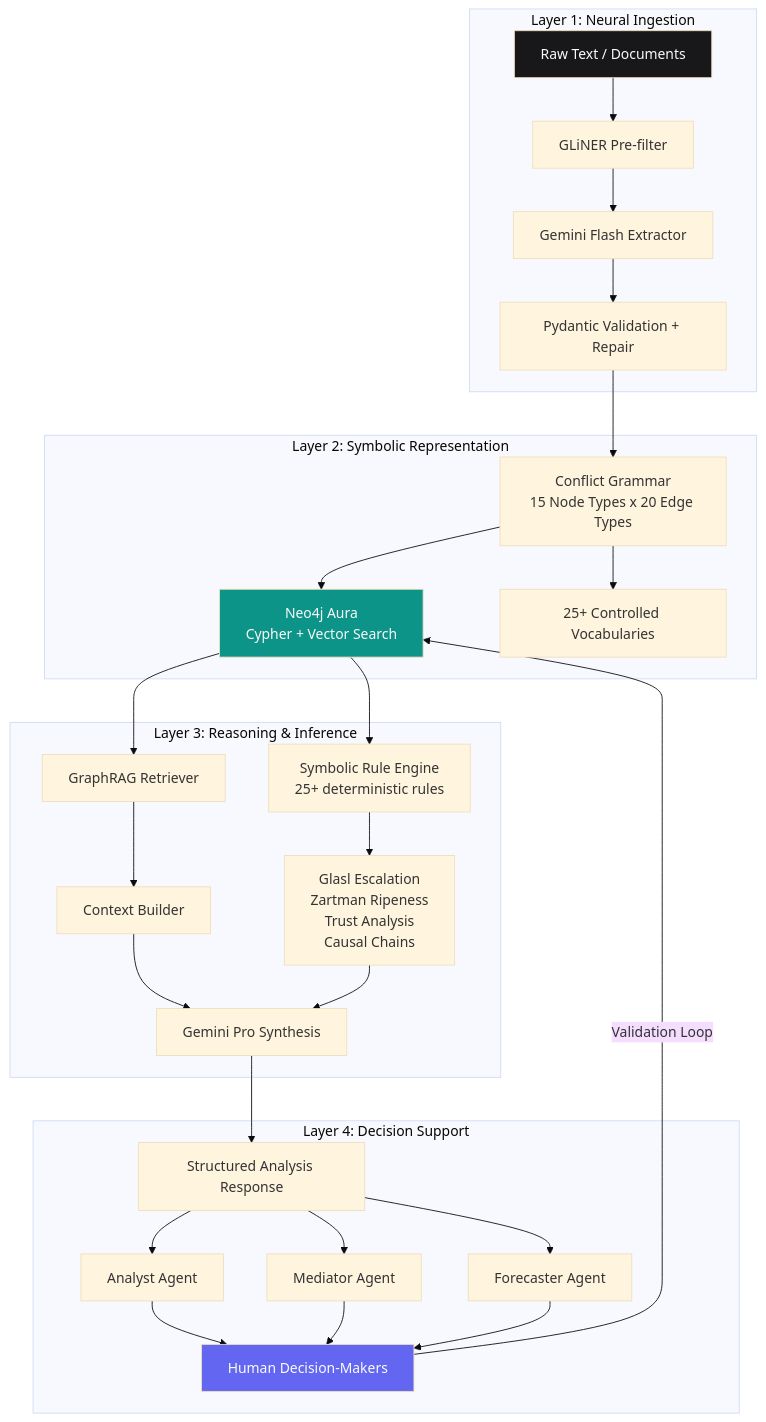
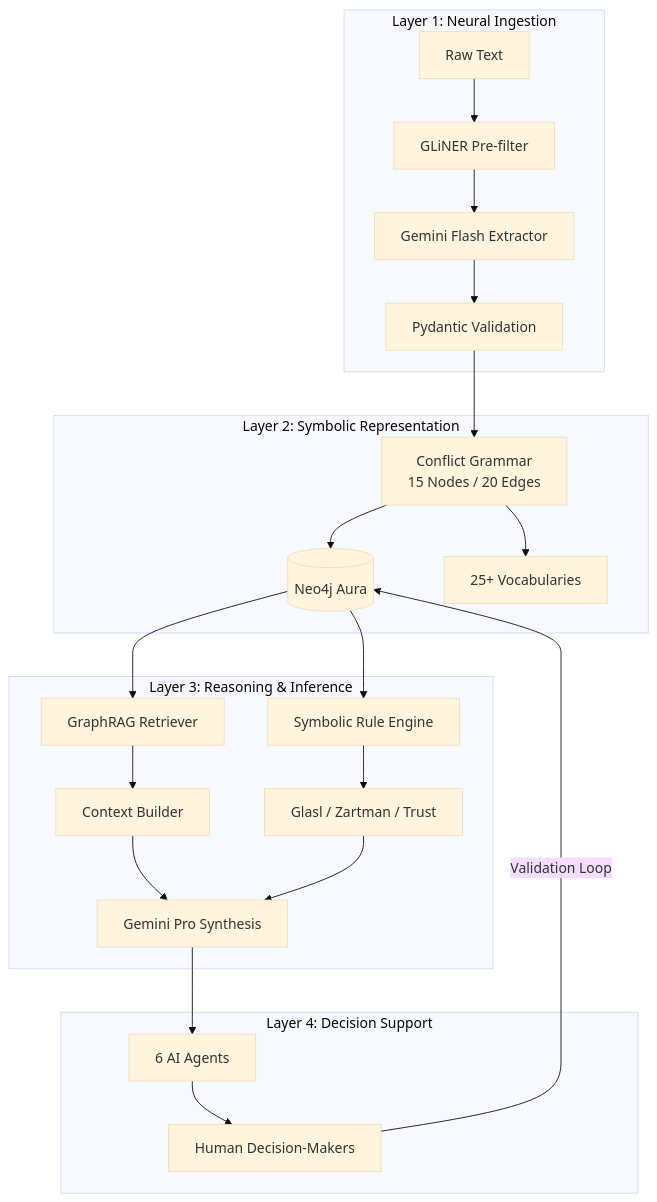
Before and after one commit to sargonxg/A2_DIALECTICAbyTACITUS: the second of 2 diagrams in README.md, drawn with Mermaid (base theme). The commit also changed other lines of this file and 8 other files, not shown here.

First line of the commit message:
docs: trinity integration architecture + README reframe

````diff
--- a/README.md
+++ b/README.md
@@ -354,36 +89,29 @@
 ```mermaid
 graph TB
     subgraph "Layer 1: Neural Ingestion"
-        A[Raw Text / Documents] --> B[GLiNER Pre-filter]
+        A[Raw Text] --> B[GLiNER Pre-filter]
         B --> C[Gemini Flash Extractor]
-        C --> D[Pydantic Validation + Repair]
+        C --> D[Pydantic Validation]
     end
 
     subgraph "Layer 2: Symbolic Representation"
-        D --> E[Conflict Grammar\n15 Node Types x 20 Edge Types]
-        E --> F[Neo4j Aura\nCypher + Vector Search]
-        E --> G[25+ Controlled Vocabularies]
+        D --> E[Conflict Grammar<br/>15 Nodes / 20 Edges]
+        E --> F[(Neo4j Aura)]
+        E --> G[25+ Vocabularies]
     end
 
     subgraph "Layer 3: Reasoning & Inference"
         F --> H[GraphRAG Retriever]
-        F --> I[Symbolic Rule Engine\n25+ deterministic rules]
+        F --> I[Symbolic Rule Engine]
         H --> J[Context Builder]
-        I --> K[Glasl Escalation\nZartman Ripeness\nTrust Analysis\nCausal Chains]
+        I --> K[Glasl / Zartman / Trust]
         J --> L[Gemini Pro Synthesis]
         K --> L
     end
 
     subgraph "Layer 4: Decision Support"
-        L --> M[Structured Analysis Response]
-        M --> N[Analyst Agent]
-        M --> O[Mediator Agent]
-        M --> P[Forecaster Agent]
-        N & O & P --> Q[Human Decision-Makers]
-        Q -->|Validation Loop| F
+        L --> M[6 AI Agents]
+        M --> N[Human Decision-Makers]
+        N -->|Validation Loop| F
     end
-
-    style A fill:#18181b,color:#fafafa
-    style F fill:#0d9488,color:#fafafa
-    style Q fill:#6366f1,color:#fafafa
 ```
````
